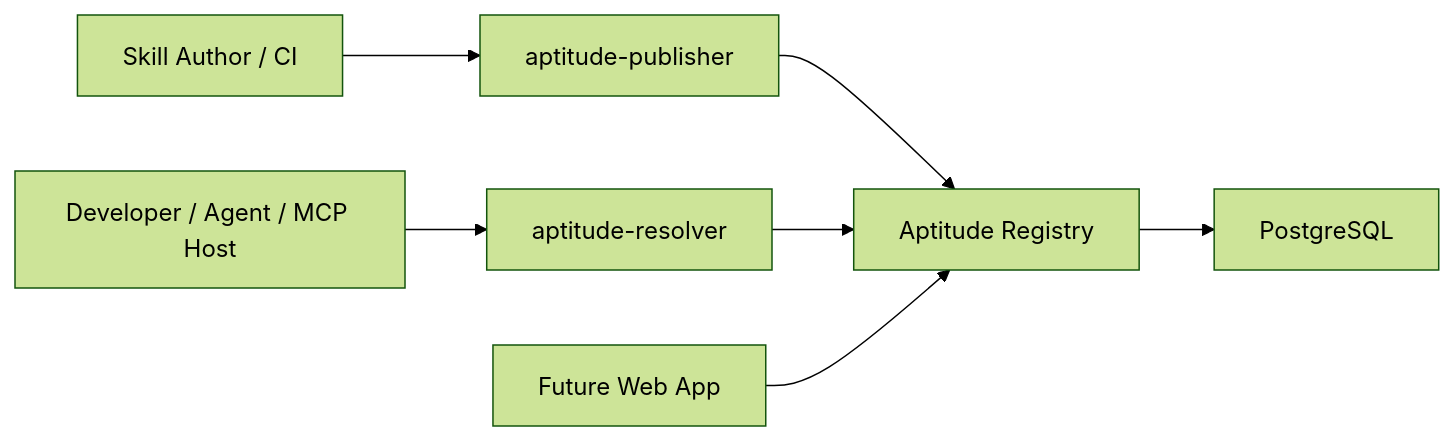
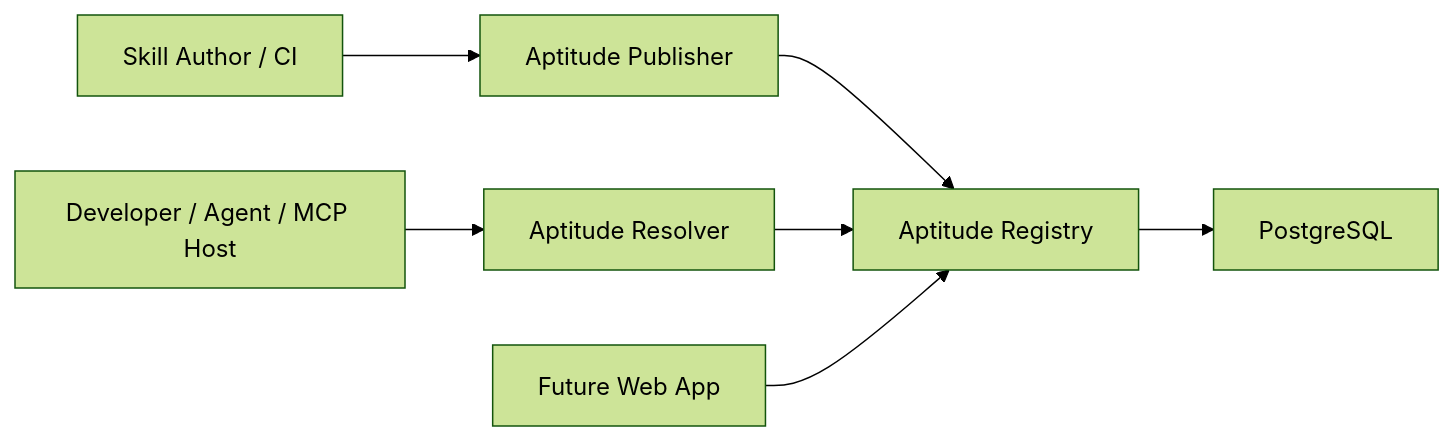
Before and after one commit to aptitude-stack/.github: the diagram in profile/README.md, drawn with Mermaid (forest theme). The commit also changed other lines of this file, not shown here.

Commit message:
Refine Aptitude profile README messaging

````diff
--- a/profile/README.md
+++ b/profile/README.md
@@ -55,9 +69,9 @@
 ```mermaid
 flowchart LR
-    Author["Skill Author / CI"] --> Publisher["aptitude-publisher"]
-    User["Developer / Agent / MCP Host"] --> Resolver["aptitude-resolver"]
+    Author["Skill Author / CI"] --> Publisher["Aptitude Publisher"]
+    User["Developer / Agent / MCP Host"] --> Resolver["Aptitude Resolver"]
     Publisher --> Registry["Aptitude Registry"]
     Resolver --> Registry
     Registry --> DB["PostgreSQL"]
     Web["Future Web App"] --> Registry
 ```
````
